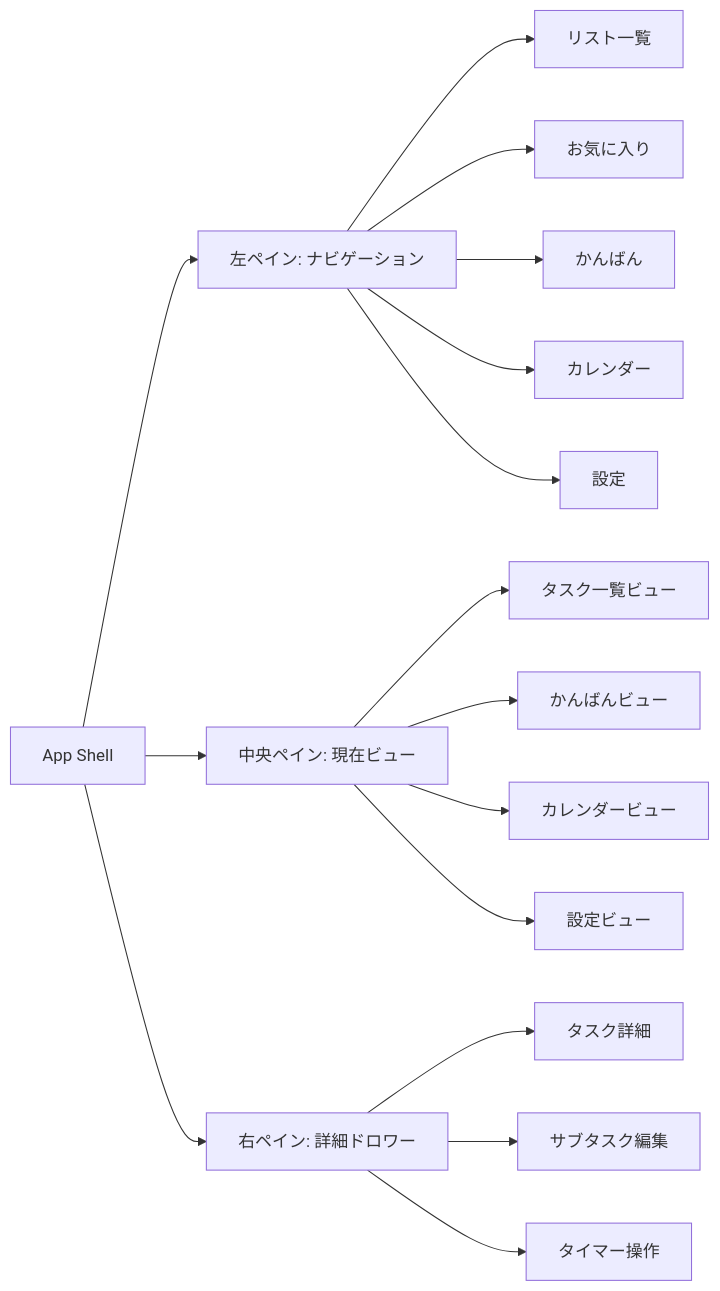
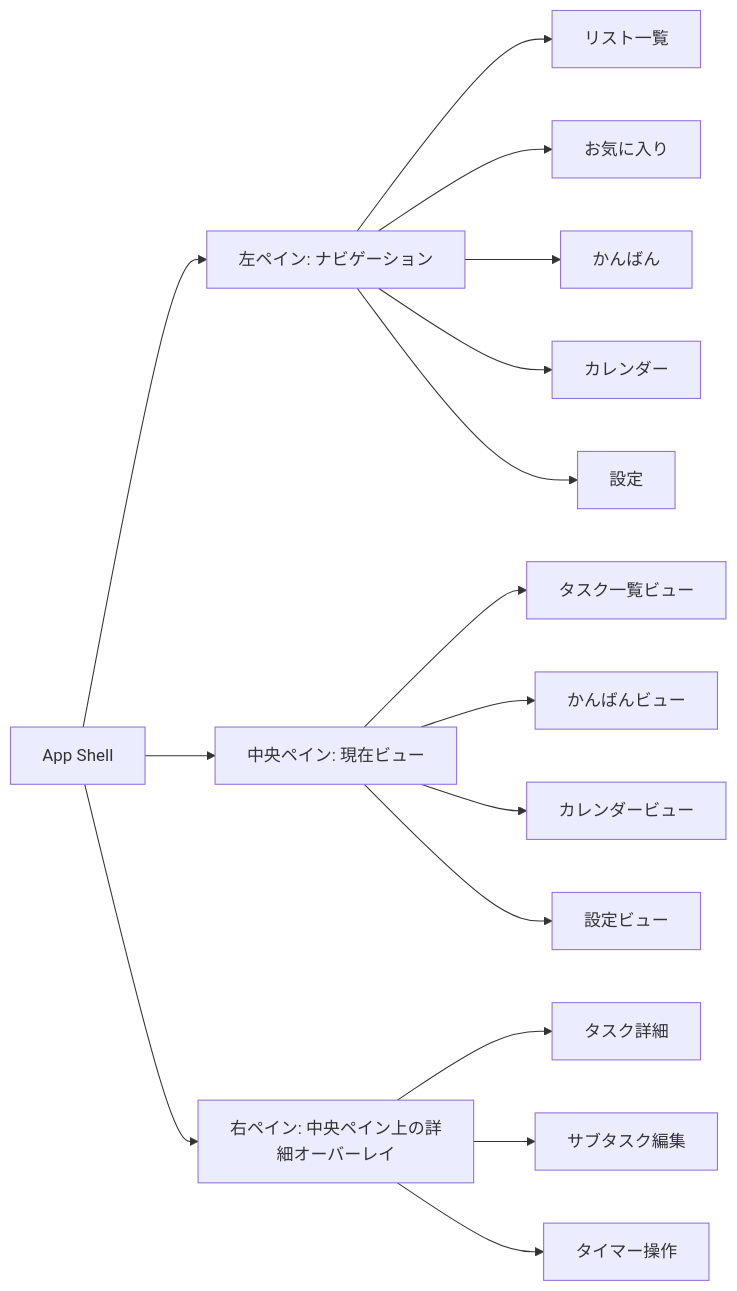
The first of 2 diagrams in docs/ui-ux-redesign.md (yt-hsgw/TaskTimer), drawn with Mermaid before and after one commit. The commit also changed other lines of this file and 21 other files, not shown here.

````diff
--- a/docs/ui-ux-redesign.md
+++ b/docs/ui-ux-redesign.md
@@ -58,26 +58,26 @@
 ```mermaid
 flowchart LR
   App["App Shell"]
   Left["左ペイン: ナビゲーション"]
   Center["中央ペイン: 現在ビュー"]
-  Right["右ペイン: 詳細ドロワー"]
+  Right["右ペイン: 中央ペイン上の詳細オーバーレイ"]
 
   App --> Left
   App --> Center
   App --> Right
 
   Left --> Lists["リスト一覧"]
   Left --> Favorite["お気に入り"]
   Left --> BoardNav["かんばん"]
   Left --> CalendarNav["カレンダー"]
   Left --> SettingsNav["設定"]
 
   Center --> TaskList["タスク一覧ビュー"]
   Center --> KanbanView["かんばんビュー"]
   Center --> CalendarView["カレンダービュー"]
   Center --> SettingsView["設定ビュー"]
 
   Right --> TaskDetail["タスク詳細"]
   Right --> SubtaskEditor["サブタスク編集"]
   Right --> TimerControls["タイマー操作"]
 ```
````
